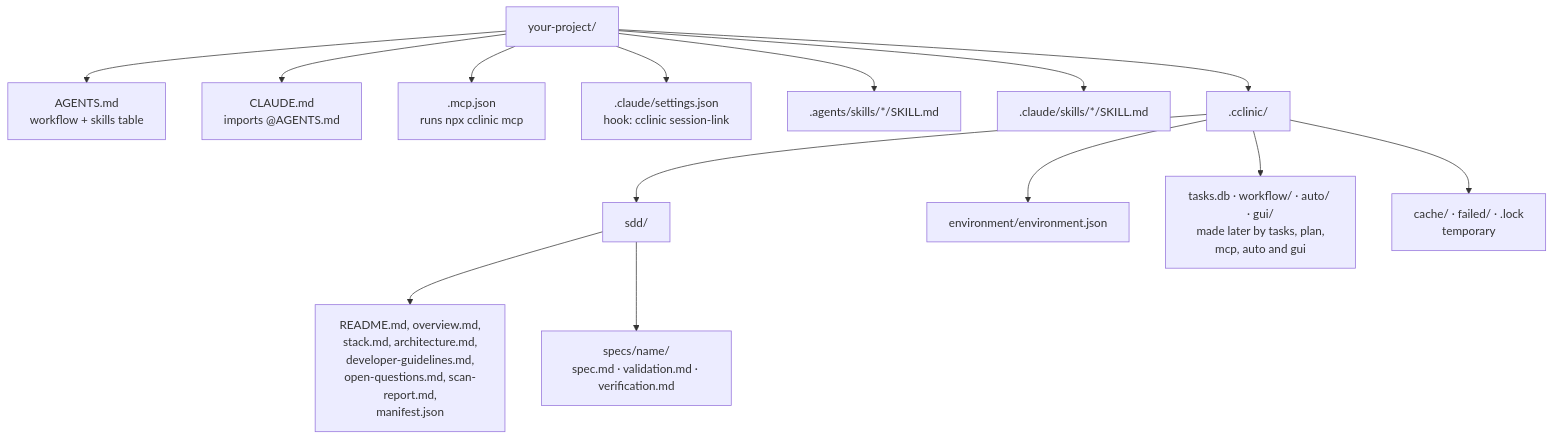
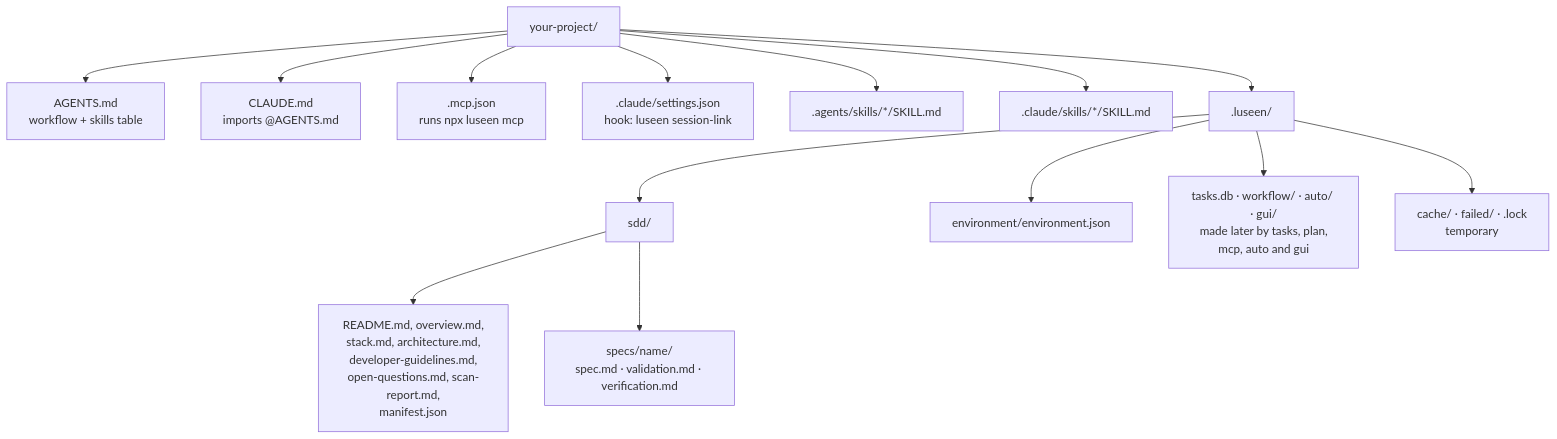
Before and after one commit to Hayko97/cclinic: the fourth of 5 diagrams in SETUP_FLOW.md, drawn with Mermaid. The commit also changed other lines of this file and 311 other files, not shown here.

````diff
--- a/SETUP_FLOW.md
+++ b/SETUP_FLOW.md
@@ -103,17 +103,17 @@
 ```mermaid
 flowchart TD
     Root[your-project/]
     Root --> A[AGENTS.md<br/>workflow + skills table]
     Root --> B[CLAUDE.md<br/>imports @AGENTS.md]
-    Root --> MC[.mcp.json<br/>runs npx cclinic mcp]
-    Root --> CS[.claude/settings.json<br/>hook: cclinic session-link]
+    Root --> MC[.mcp.json<br/>runs npx luseen mcp]
+    Root --> CS[.claude/settings.json<br/>hook: luseen session-link]
     Root --> Ag[.agents/skills/*/SKILL.md]
     Root --> Cl[.claude/skills/*/SKILL.md]
-    Root --> CC[.cclinic/]
+    Root --> CC[.luseen/]
     CC --> SDD[sdd/]
     SDD --> R[README.md, overview.md,<br/>stack.md, architecture.md,<br/>developer-guidelines.md,<br/>open-questions.md, scan-report.md,<br/>manifest.json]
     SDD --> SPECS[specs/name/<br/>spec.md · validation.md · verification.md]
     CC --> Env[environment/environment.json]
     CC --> Later[tasks.db · workflow/ · auto/ · gui/<br/>made later by tasks, plan,<br/>mcp, auto and gui]
     CC --> Cache[cache/ · failed/ · .lock<br/>temporary]
 ```
````
